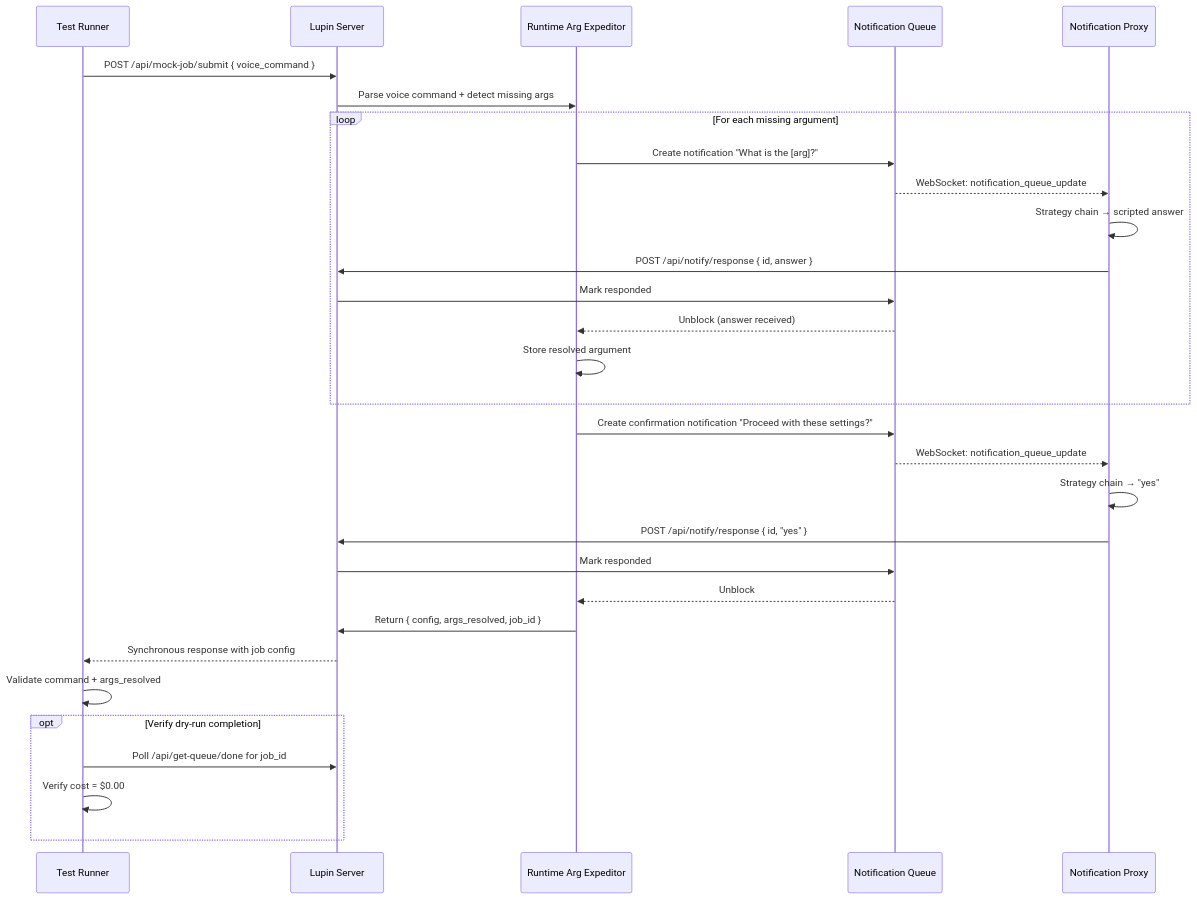
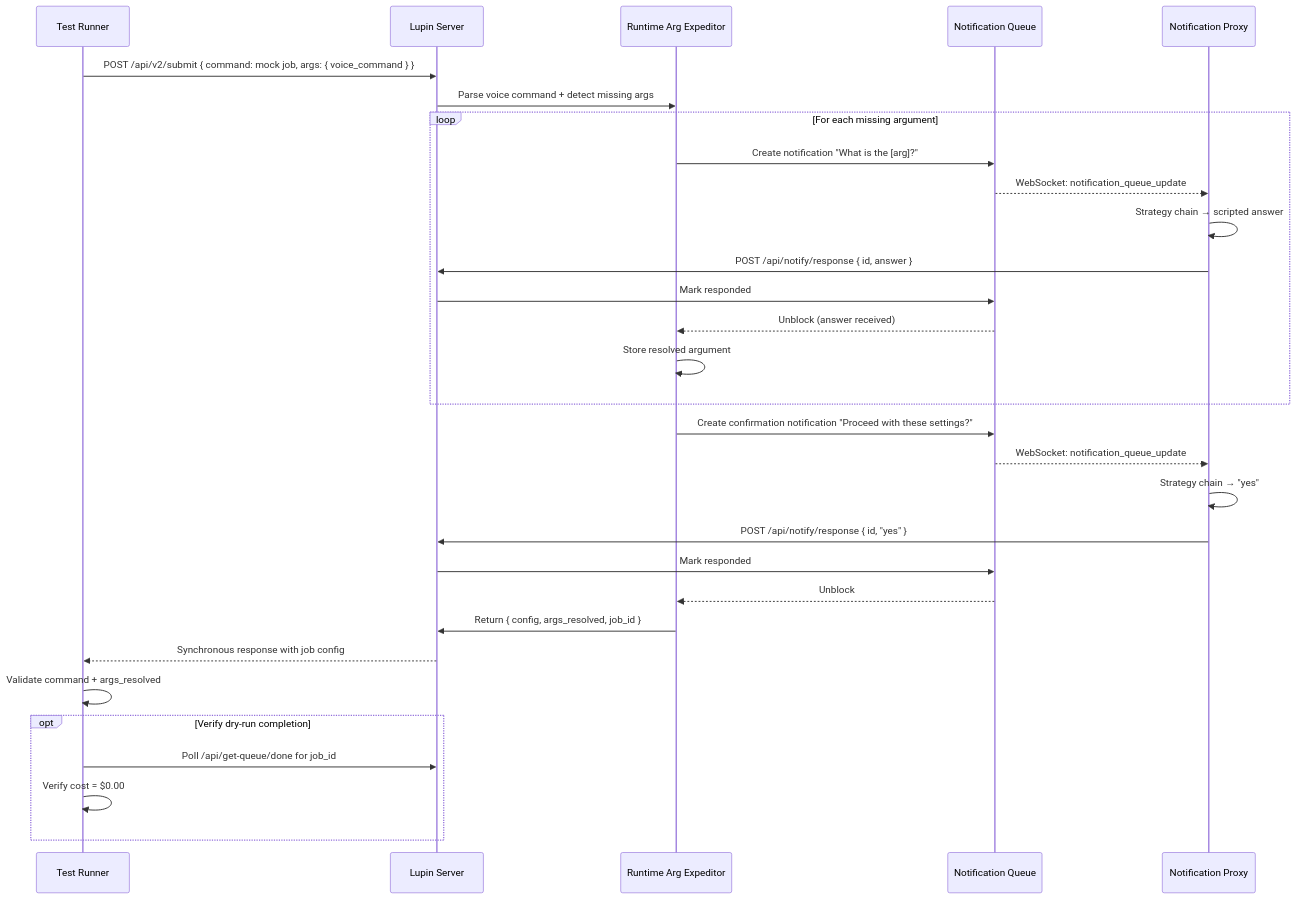
One commit to deepily/lupin changed the fifth of 5 diagrams in src/docs/automated-interactive-testing.md. Above: the diagram before and after it, drawn with Mermaid. The commit also changed other lines of this file and 2379 other files, not shown here.

Commit message:
Lupin v0.2.1 → main: CJ Flow v2 follow-up, multiplexer parity, live console stream, doc viewer, fleet task-store hardening (#22)

````diff
--- a/src/docs/automated-interactive-testing.md
+++ b/src/docs/automated-interactive-testing.md
@@ -782,37 +782,37 @@
 ```mermaid
 sequenceDiagram
     participant T as Test Runner
     participant S as Lupin Server
     participant E as Runtime Arg Expeditor
     participant NQ as Notification Queue
     participant P as Notification Proxy
 
-    T->>S: POST /api/mock-job/submit { voice_command }
+    T->>S: POST /api/v2/submit { command: mock job, args: { voice_command } }
     S->>E: Parse voice command + detect missing args
 
     loop For each missing argument
         E->>NQ: Create notification "What is the [arg]?"
         NQ-->>P: WebSocket: notification_queue_update
         P->>P: Strategy chain → scripted answer
         P->>S: POST /api/notify/response { id, answer }
         S->>NQ: Mark responded
         NQ-->>E: Unblock (answer received)
         E->>E: Store resolved argument
     end
 
     E->>NQ: Create confirmation notification "Proceed with these settings?"
     NQ-->>P: WebSocket: notification_queue_update
     P->>P: Strategy chain → "yes"
     P->>S: POST /api/notify/response { id, "yes" }
     S->>NQ: Mark responded
     NQ-->>E: Unblock
 
     E->>S: Return { config, args_resolved, job_id }
     S-->>T: Synchronous response with job config
 
     T->>T: Validate command + args_resolved
     opt Verify dry-run completion
         T->>S: Poll /api/get-queue/done for job_id
         T->>T: Verify cost = $0.00
     end
 ```
````
